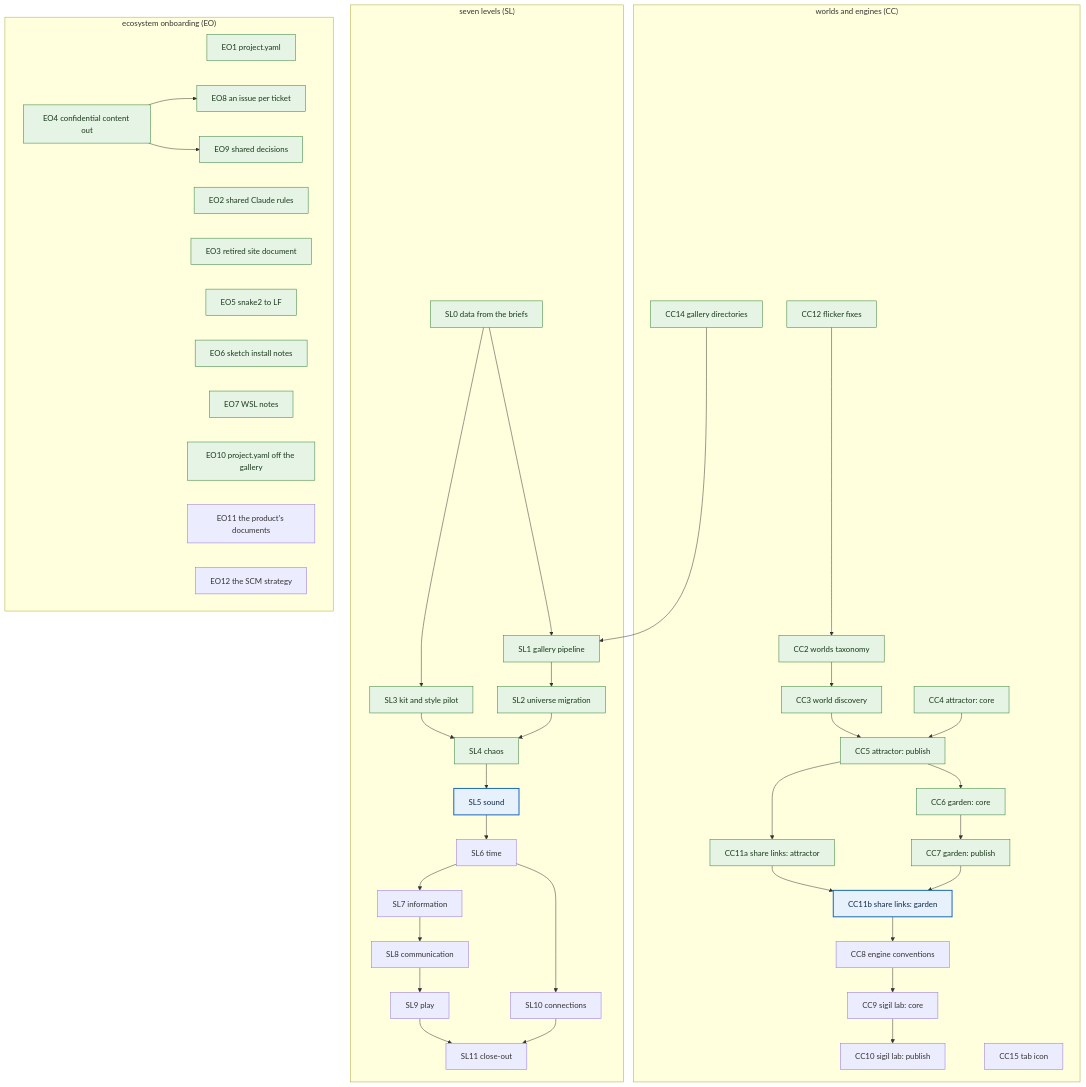
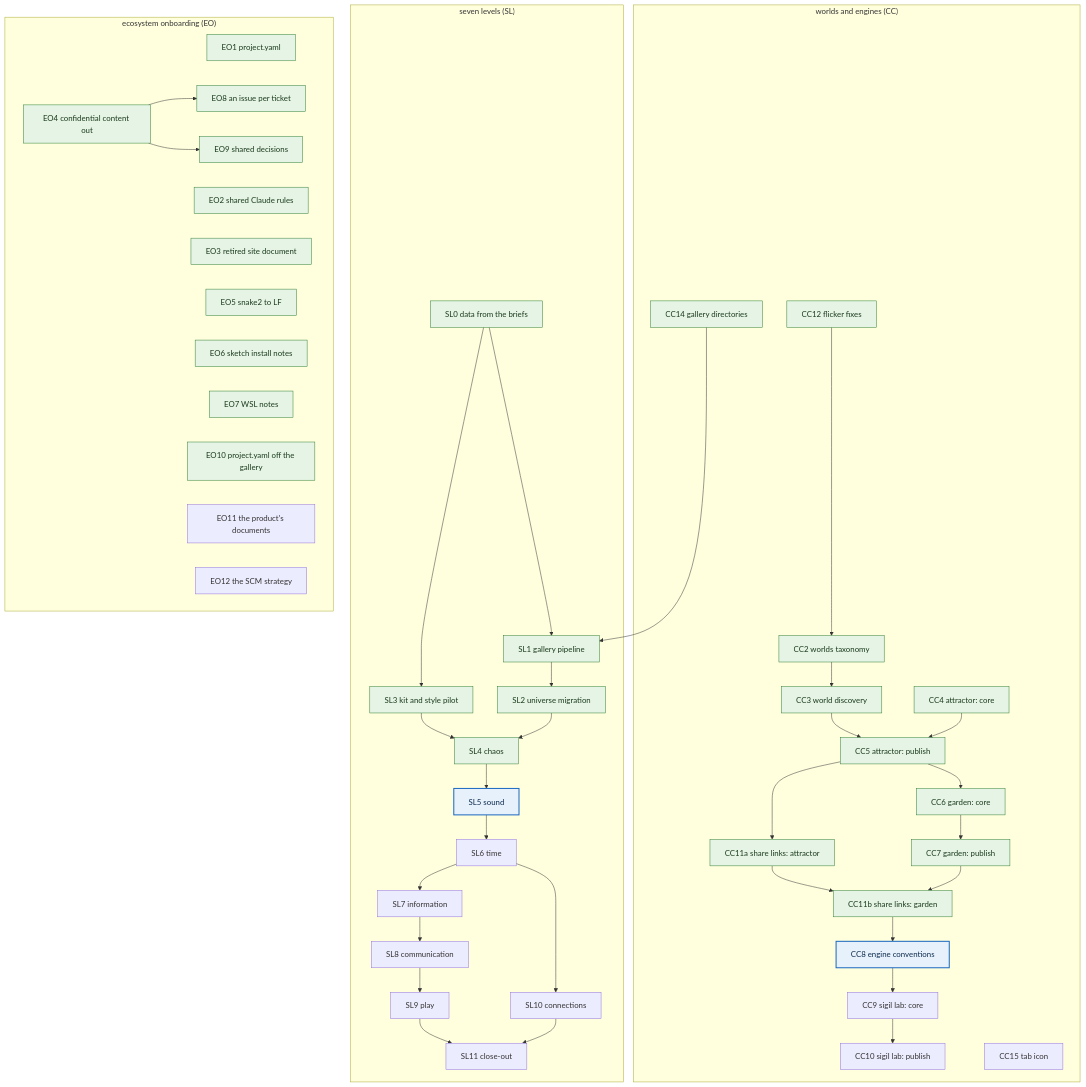
The diagram in dev_plan.md (eigenomarksamy/creative_coding), drawn with Mermaid before and after one commit. The commit also changed other lines of this file and 4 other files, not shown here.

````diff
--- a/dev_plan.md
+++ b/dev_plan.md
@@ -40,54 +40,54 @@
 ```mermaid
 flowchart TD
   %% when a ticket ships, add it to the done class, move the next class to its lane's next ticket, and update the lanes table above
   subgraph CCL["worlds and engines (CC)"]
     CC12["CC12 flicker fixes"] --> CC2["CC2 worlds taxonomy"]
     CC2 --> CC3["CC3 world discovery"]
     CC3 --> CC5["CC5 attractor: publish"]
     CC4["CC4 attractor: core"] --> CC5
     CC5 --> CC11a["CC11a share links: attractor"]
     CC5 --> CC6["CC6 garden: core"]
     CC6 --> CC7["CC7 garden: publish"]
     CC11a --> CC11b["CC11b share links: garden"]
     CC7 --> CC11b
     CC11b --> CC8["CC8 engine conventions"]
     CC8 --> CC9["CC9 sigil lab: core"]
     CC9 --> CC10["CC10 sigil lab: publish"]
     CC14["CC14 gallery directories"]
     CC15["CC15 tab icon"]
   end
   subgraph SLL["seven levels (SL)"]
     SL0["SL0 data from the briefs"] --> SL1["SL1 gallery pipeline"]
     SL0 --> SL3["SL3 kit and style pilot"]
     SL1 --> SL2["SL2 universe migration"]
     SL3 --> SL4["SL4 chaos"]
     SL2 --> SL4
     SL4 --> SL5["SL5 sound"]
     SL5 --> SL6["SL6 time"]
     SL6 --> SL7["SL7 information"]
     SL7 --> SL8["SL8 communication"]
     SL8 --> SL9["SL9 play"]
     SL6 --> SL10["SL10 connections"]
     SL9 --> SL11["SL11 close-out"]
     SL10 --> SL11
   end
   subgraph EOL["ecosystem onboarding (EO)"]
     EO1["EO1 project.yaml"]
     EO2["EO2 shared Claude rules"]
     EO3["EO3 retired site document"]
     EO4["EO4 confidential content out"] --> EO8["EO8 an issue per ticket"]
     EO4 --> EO9["EO9 shared decisions"]
     EO5["EO5 snake2 to LF"]
     EO6["EO6 sketch install notes"]
     EO7["EO7 WSL notes"]
     EO10["EO10 project.yaml off the gallery"]
     EO11["EO11 the product's documents"]
     EO12["EO12 the SCM strategy"]
   end
   CC14 --> SL1
 
   classDef done fill:#e5f4e4,stroke:#2e7d32,color:#1b3a1d
   classDef next fill:#e7f1fb,stroke:#1565c0,stroke-width:2px,color:#0d2b4e
-  class CC12,CC2,CC3,CC4,CC14,CC5,CC11a,CC6,CC7,SL0,SL1,SL2,SL3,SL4,EO1,EO4,EO2,EO3,EO9,EO8,EO5,EO6,EO7,EO10 done
-  class CC11b,SL5 next
+  class CC12,CC2,CC3,CC4,CC14,CC5,CC11a,CC6,CC7,CC11b,SL0,SL1,SL2,SL3,SL4,EO1,EO4,EO2,EO3,EO9,EO8,EO5,EO6,EO7,EO10 done
+  class CC8,SL5 next
 ```
````
